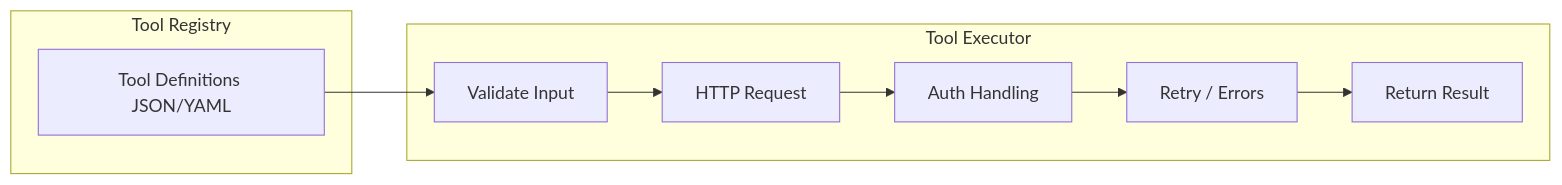
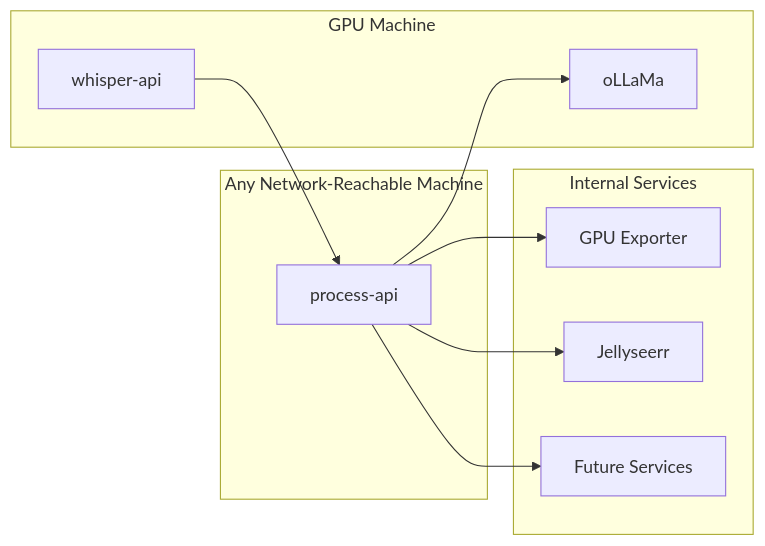
Before and after one commit to psyeo2/Clankassist: the second of 3 diagrams in docs/ARCHITECTURE.md, drawn with Mermaid. The commit also changed other lines of this file and 3 other files, not shown here.

````diff
--- a/docs/ARCHITECTURE.md
+++ b/docs/ARCHITECTURE.md
@@ -87,21 +32,24 @@
 ```mermaid
 flowchart LR
 
-subgraph Registry["Tool Registry"]
-    defs[Tool Definitions JSON/YAML]
+subgraph GPUHost["GPU Machine"]
+  whisper[whisper-api]
+  ollama[oLLaMa]
 end
 
-subgraph Executor["Tool Executor"]
-    v1[Validate Input]
-    c1[HTTP Request]
-    a1[Auth Handling]
-    r1[Retry / Errors]
-    res[Return Result]
+subgraph Anywhere["Any Network-Reachable Machine"]
+  process[process-api]
 end
 
-defs --> v1
-v1 --> c1
-c1 --> a1
-a1 --> r1
-r1 --> res
+subgraph Services["Internal Services"]
+  gpu[GPU Exporter]
+  jelly[Jellyseerr]
+  future[Future Services]
+end
+
+whisper --> process
+process --> ollama
+process --> gpu
+process --> jelly
+process --> future
 ```
````
